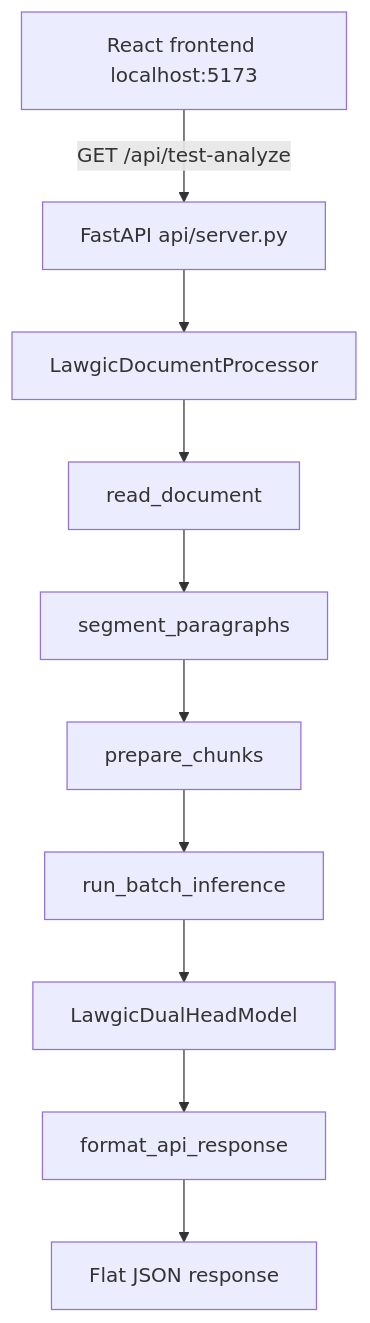
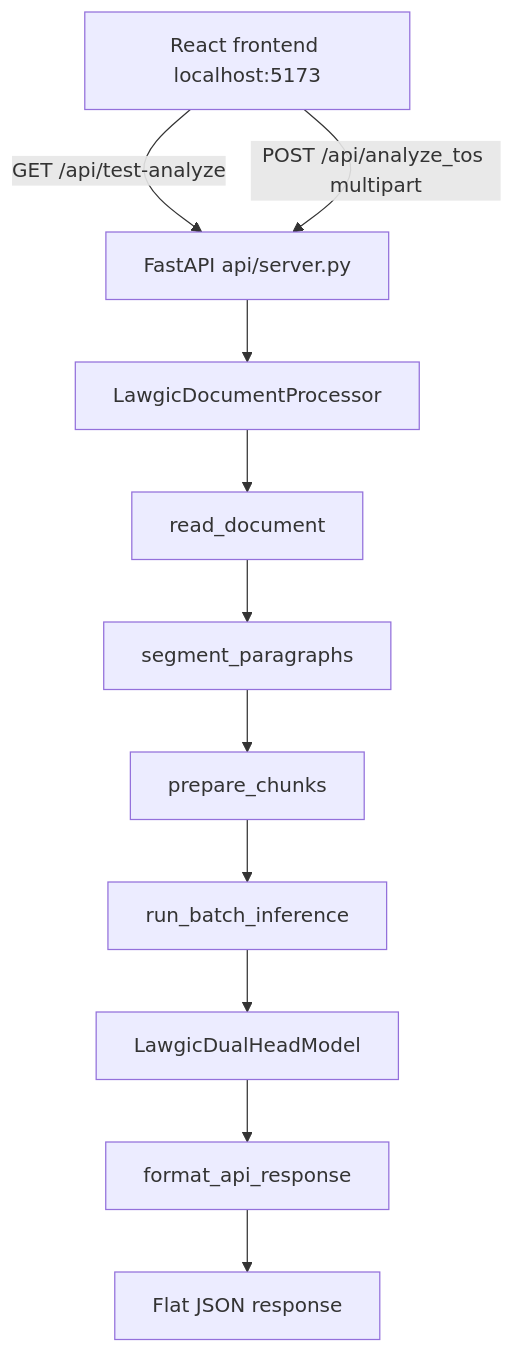
One commit to riki-11/lawgic changed the diagram in docs/lawgic_api.md. Above: the diagram before and after it, drawn with Mermaid. The commit also changed other lines of this file and 2 other files, not shown here.

Commit message:
feeat: add API for handling dynamic ToS file uploading

````diff
--- a/docs/lawgic_api.md
+++ b/docs/lawgic_api.md
@@ -42,12 +42,13 @@
 ```mermaid
 flowchart TD
     client[React frontend localhost:5173] -->|GET /api/test-analyze| fastapi[FastAPI api/server.py]
+    client -->|POST /api/analyze_tos multipart| fastapi
     fastapi --> processor[LawgicDocumentProcessor]
     processor --> read[read_document]
     read --> segment[segment_paragraphs]
     segment --> chunks[prepare_chunks]
     chunks --> infer[run_batch_inference]
     infer --> model[LawgicDualHeadModel]
     model --> format[format_api_response]
     format --> json[Flat JSON response]
 ```
````
